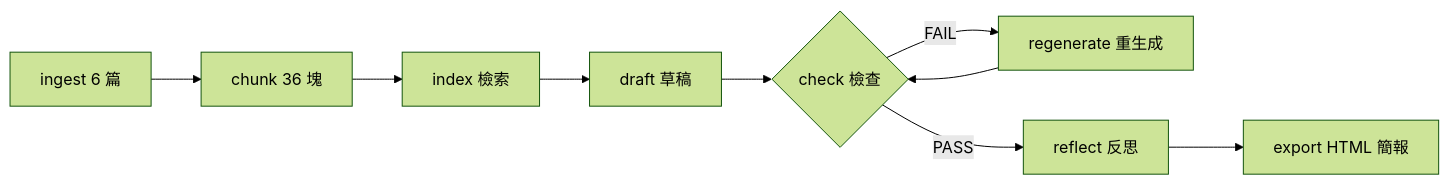
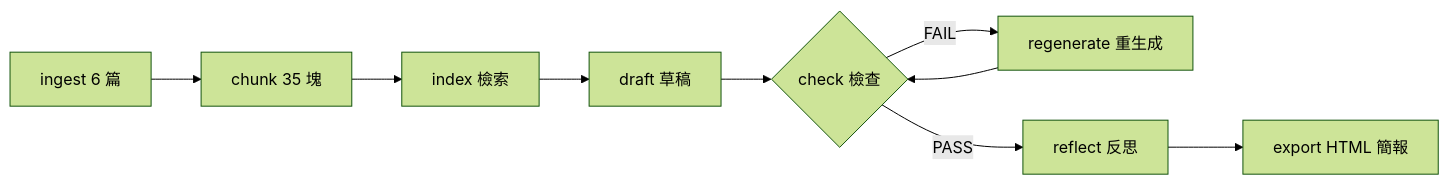
Before and after one commit to TW-Aki/TAICA_week10_hw: the diagram in submission.md, drawn with Mermaid (forest theme). The commit also changed other lines of this file and 7 other files, not shown here.

Commit message:
Fix chunk export, add preview links and slide diagrams

````diff
--- a/submission.md
+++ b/submission.md
@@ -46,11 +49,11 @@
 ```mermaid
 flowchart LR
-    A[ingest 6 篇] --> B[chunk 36 塊]
+    A[ingest 6 篇] --> B[chunk 35 塊]
     B --> C[index 檢索]
     C --> D[draft 草稿]
     D --> E{check 檢查}
     E -- FAIL --> F[regenerate 重生成]
     F --> E
     E -- PASS --> G[reflect 反思]
     G --> H[export HTML 簡報]
 ```
````
